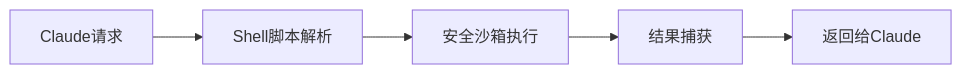
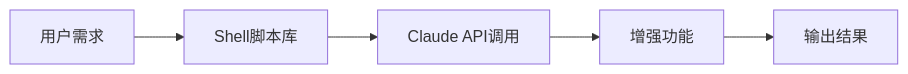
The first of 12 diagrams in reports/2026/01/2026-01-13.md (wayyoungboy/github-trending-reporter), drawn with Mermaid before and after one commit. The commit also changed other lines of this file and 1 other file, not shown here.

````diff
--- a/reports/2026/01/2026-01-13.md
+++ b/reports/2026/01/2026-01-13.md
@@ -62,7 +62,7 @@
 ```mermaid
 graph LR
-    A[Claude请求] --> B[Shell脚本解析]
-    B --> C[安全沙箱执行]
-    C --> D[结果捕获]
-    D --> E[返回给Claude]
+    A[用户需求] --> B[Shell脚本库]
+    B --> C[Claude API调用]
+    C --> D[增强功能]
+    D --> E[输出结果]
 ```
````
